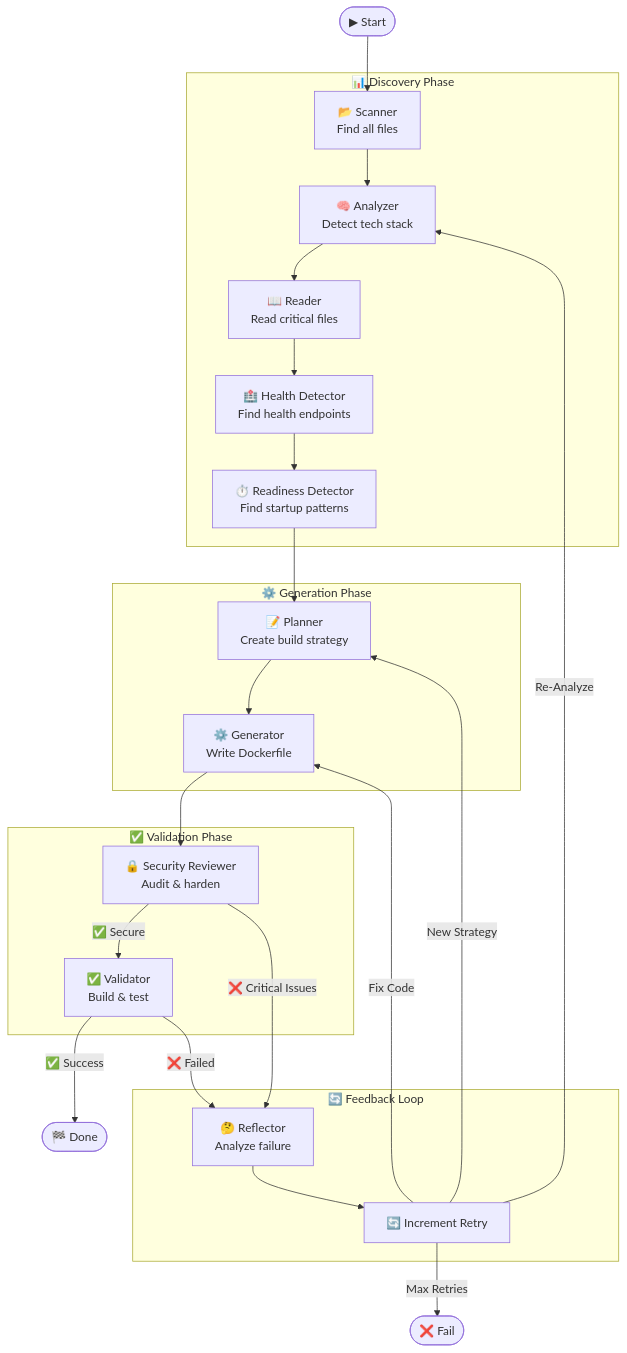
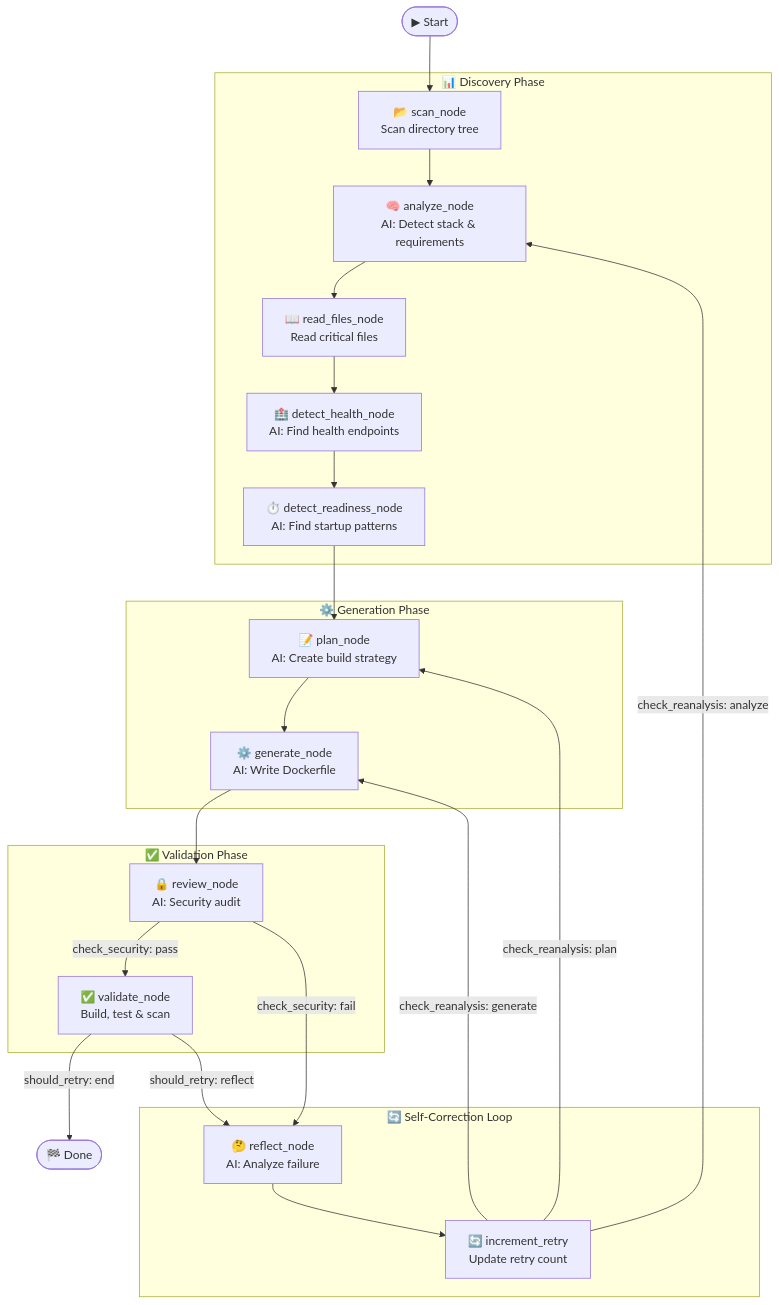
One commit to actions-marketplace-validations/itzzjb_dockai changed the diagram in README.md. Above: the diagram before and after it, drawn with Mermaid. The commit also changed 3 other files, not shown here.

Commit message:
docs: Update workflow diagrams and MCP server documentation for clarity and accuracy

````diff
--- a/README.md
+++ b/README.md
@@ -163,41 +163,40 @@
 ```mermaid
 flowchart TB
     subgraph Discovery["📊 Discovery Phase"]
-        Scan["📂 Scanner<br/>Find all files"]
-        Analyze["🧠 Analyzer<br/>Detect tech stack"]
-        Read["📖 Reader<br/>Read critical files"]
-        Health["🏥 Health Detector<br/>Find health endpoints"]
-        Ready["⏱️ Readiness Detector<br/>Find startup patterns"]
+        scan["📂 scan_node<br/>Scan directory tree"]
+        analyze["🧠 analyze_node<br/>AI: Detect stack & requirements"]
+        read["📖 read_files_node<br/>Read critical files"]
+        health["🏥 detect_health_node<br/>AI: Find health endpoints"]
+        ready["⏱️ detect_readiness_node<br/>AI: Find startup patterns"]
     end
     
     subgraph Generation["⚙️ Generation Phase"]
-        Plan["📝 Planner<br/>Create build strategy"]
-        Generate["⚙️ Generator<br/>Write Dockerfile"]
+        plan["📝 plan_node<br/>AI: Create build strategy"]
+        generate["⚙️ generate_node<br/>AI: Write Dockerfile"]
     end
     
     subgraph Validation["✅ Validation Phase"]
-        Review["🔒 Security Reviewer<br/>Audit & harden"]
-        Validate["✅ Validator<br/>Build & test"]
+        review["🔒 review_node<br/>AI: Security audit"]
+        validate["✅ validate_node<br/>Build, test & scan"]
     end
     
-    subgraph Feedback["🔄 Feedback Loop"]
-        Reflect["🤔 Reflector<br/>Analyze failure"]
-        Increment["🔄 Increment Retry"]
+    subgraph Feedback["🔄 Self-Correction Loop"]
+        reflect["🤔 reflect_node<br/>AI: Analyze failure"]
+        increment["🔄 increment_retry<br/>Update retry count"]
     end
     
-    Start([▶ Start]) --> Scan
-    Scan --> Analyze --> Read --> Health --> Ready --> Plan
-    Plan --> Generate --> Review
+    Start([▶ Start]) --> scan
+    scan --> analyze --> read --> health --> ready --> plan
+    plan --> generate --> review
     
-    Review -->|"✅ Secure"| Validate
-    Review -->|"❌ Critical Issues"| Reflect
+    review -->|"check_security: pass"| validate
+    review -->|"check_security: fail"| reflect
     
-    Validate -->|"✅ Success"| End([🏁 Done])
-    Validate -->|"❌ Failed"| Reflect
+    validate -->|"should_retry: end"| End([🏁 Done])
+    validate -->|"should_retry: reflect"| reflect
     
-    Reflect --> Increment
-    Increment -->|"Fix Code"| Generate
-    Increment -->|"New Strategy"| Plan
-    Increment -->|"Re-Analyze"| Analyze
-    Increment -->|"Max Retries"| Fail([❌ Fail])
+    reflect --> increment
+    increment -->|"check_reanalysis: generate"| generate
+    increment -->|"check_reanalysis: plan"| plan
+    increment -->|"check_reanalysis: analyze"| analyze
 ```
````
